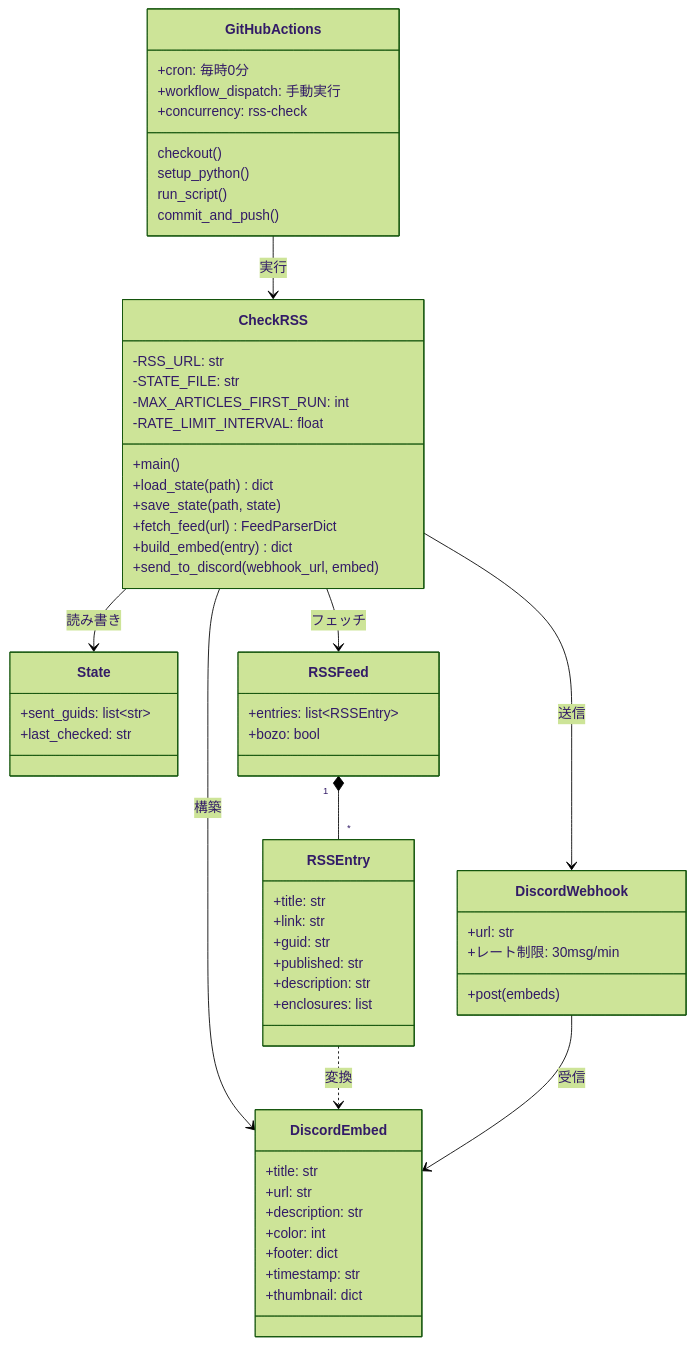
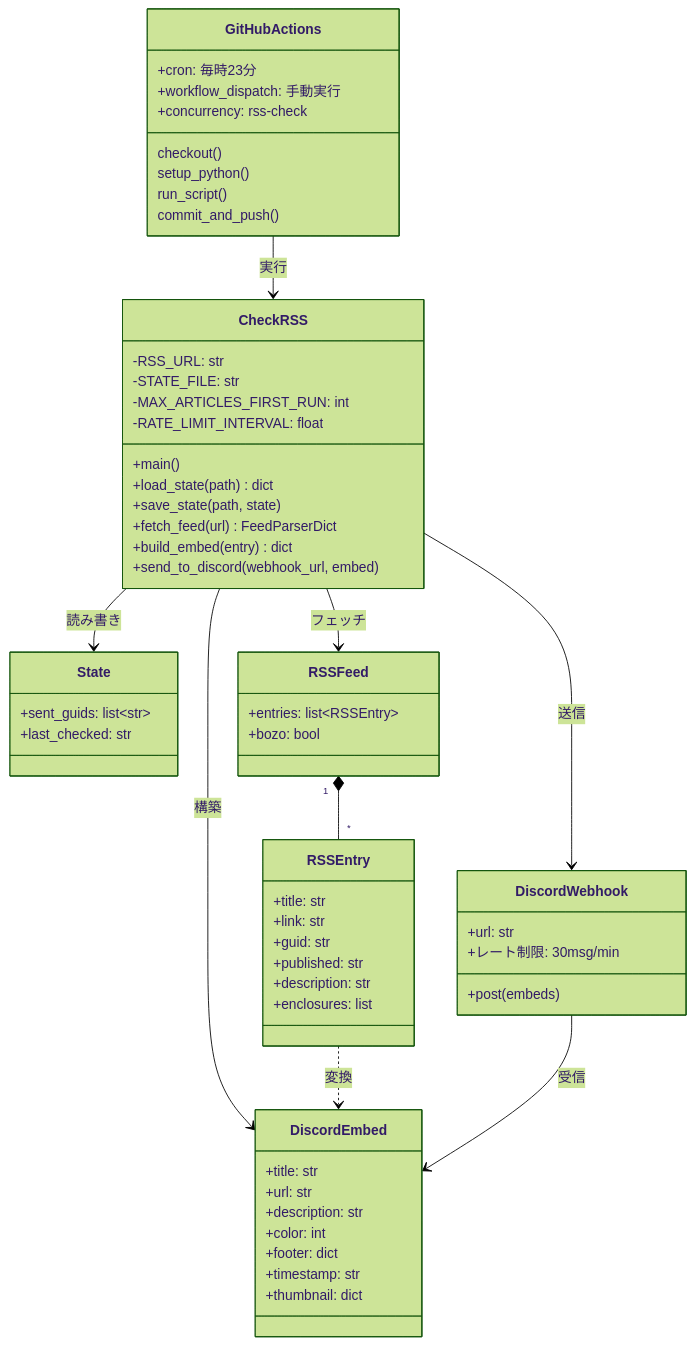
The second of 3 diagrams in README.md (Y-Kanekoo/rss-to-discord), drawn with Mermaid (forest theme) before and after one commit. The commit also changed other lines of this file and 10 other files, not shown here.

````diff
--- a/README.md
+++ b/README.md
@@ -113,69 +130,69 @@
 ```mermaid
 classDiagram
     class GitHubActions {
-        +cron: 毎時0分
+        +cron: 毎時23分
         +workflow_dispatch: 手動実行
         +concurrency: rss-check
         checkout()
         setup_python()
         run_script()
         commit_and_push()
     }
 
     class CheckRSS {
         -RSS_URL: str
         -STATE_FILE: str
         -MAX_ARTICLES_FIRST_RUN: int
         -RATE_LIMIT_INTERVAL: float
         +main()
         +load_state(path) dict
         +save_state(path, state)
         +fetch_feed(url) FeedParserDict
         +build_embed(entry) dict
         +send_to_discord(webhook_url, embed)
     }
 
     class State {
         +sent_guids: list~str~
         +last_checked: str
     }
 
     class RSSEntry {
         +title: str
         +link: str
         +guid: str
         +published: str
         +description: str
         +enclosures: list
     }
 
     class DiscordEmbed {
         +title: str
         +url: str
         +description: str
         +color: int
         +footer: dict
         +timestamp: str
         +thumbnail: dict
     }
 
     class DiscordWebhook {
         +url: str
         +post(embeds)
         +レート制限: 30msg/min
     }
 
     class RSSFeed {
         +entries: list~RSSEntry~
         +bozo: bool
     }
 
     GitHubActions --> CheckRSS : 実行
     CheckRSS --> State : 読み書き
     CheckRSS --> RSSFeed : フェッチ
     RSSFeed "1" *-- "*" RSSEntry
     CheckRSS --> DiscordEmbed : 構築
     RSSEntry ..> DiscordEmbed : 変換
     CheckRSS --> DiscordWebhook : 送信
     DiscordWebhook --> DiscordEmbed : 受信
 ```
````
